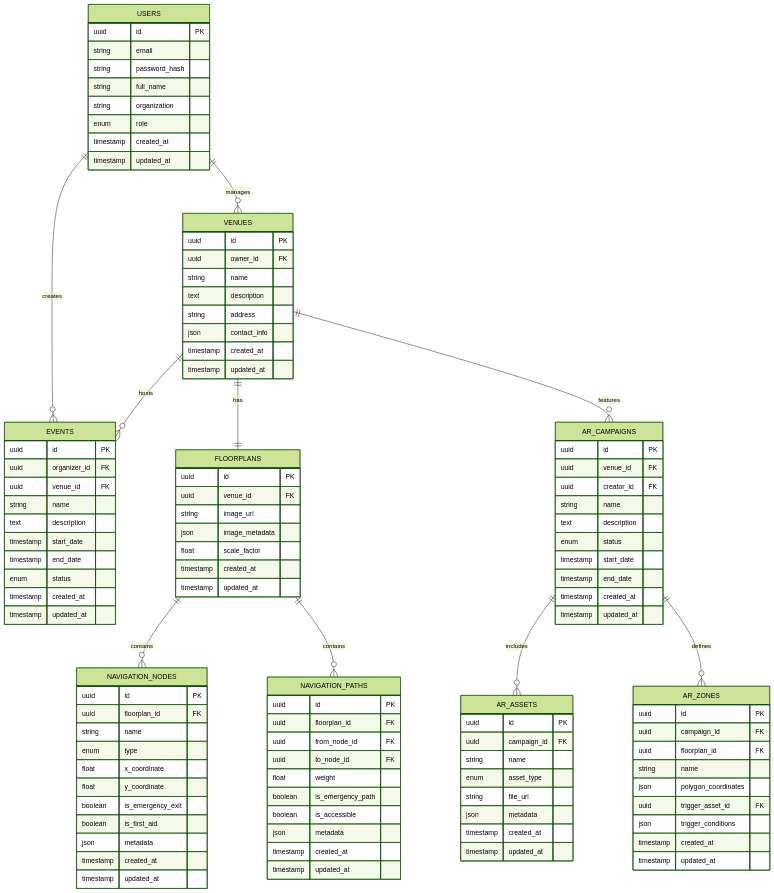
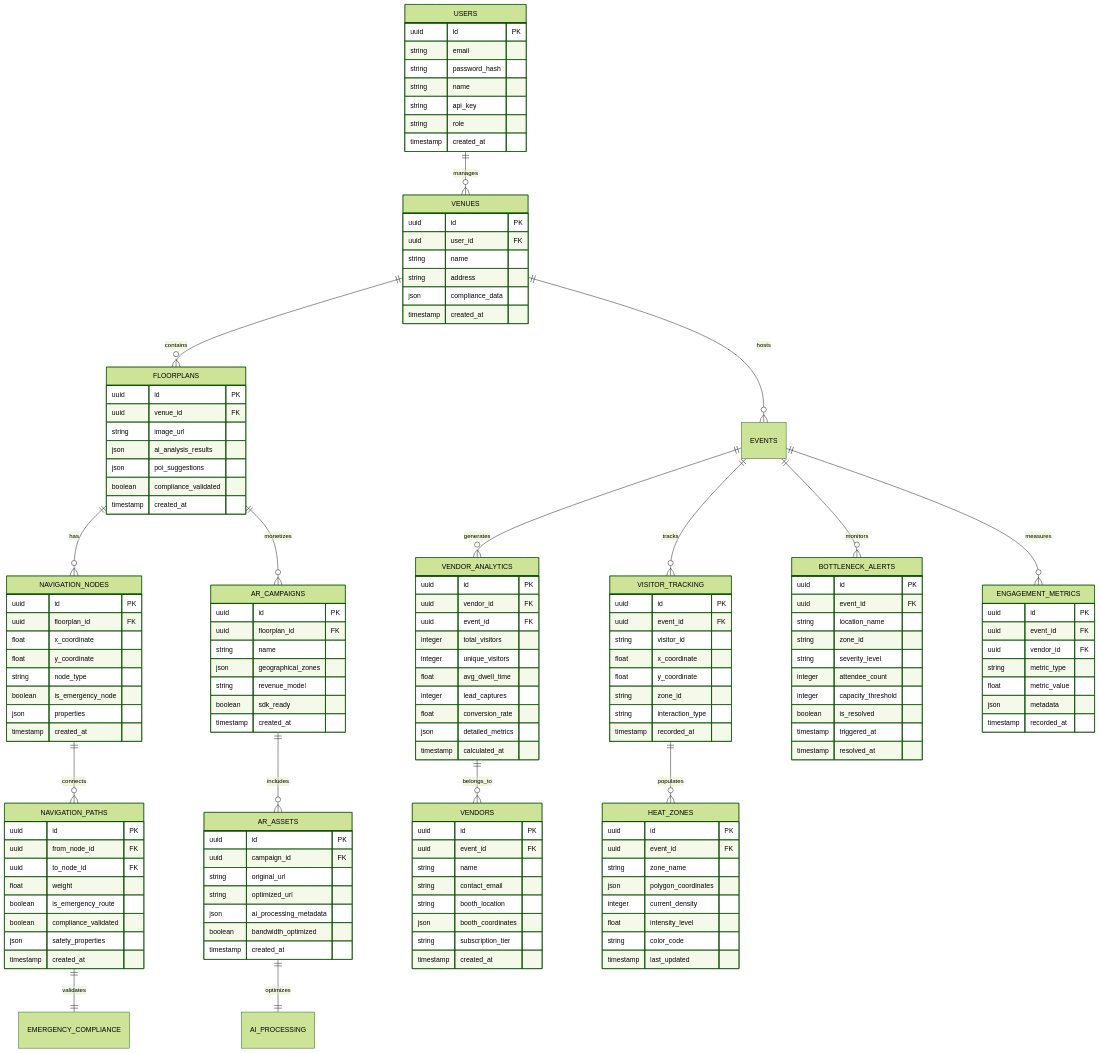
The third of 3 diagrams in .trae/documents/NavEaze_V5_DPM_Technical_Architecture.md (ZumiCoWorks/NE-DPM-V5), drawn with Mermaid (forest theme) before and after one commit. The commit also changed other lines of this file and 118 other files, not shown here.

````diff
--- a/.trae/documents/NavEaze_V5_DPM_Technical_Architecture.md
+++ b/.trae/documents/NavEaze_V5_DPM_Technical_Architecture.md
@@ -177,120 +518,158 @@
 ```mermaid
 erDiagram
-    USERS ||--o{ EVENTS : creates
     USERS ||--o{ VENUES : manages
+    VENUES ||--o{ FLOORPLANS : contains
     VENUES ||--o{ EVENTS : hosts
-    VENUES ||--|| FLOORPLANS : has
-    FLOORPLANS ||--o{ NAVIGATION_NODES : contains
-    FLOORPLANS ||--o{ NAVIGATION_PATHS : contains
-    VENUES ||--o{ AR_CAMPAIGNS : features
+    FLOORPLANS ||--o{ NAVIGATION_NODES : has
+    NAVIGATION_NODES ||--o{ NAVIGATION_PATHS : connects
+    NAVIGATION_PATHS ||--|| EMERGENCY_COMPLIANCE : validates
+    FLOORPLANS ||--o{ AR_CAMPAIGNS : monetizes
     AR_CAMPAIGNS ||--o{ AR_ASSETS : includes
-    AR_CAMPAIGNS ||--o{ AR_ZONES : defines
-    
+    AR_ASSETS ||--|| AI_PROCESSING : optimizes
+    EVENTS ||--o{ VISITOR_TRACKING : tracks
+    EVENTS ||--o{ VENDOR_ANALYTICS : generates
+    EVENTS ||--o{ BOTTLENECK_ALERTS : monitors
+    EVENTS ||--o{ ENGAGEMENT_METRICS : measures
+    VENDOR_ANALYTICS ||--o{ VENDORS : belongs_to
+    VISITOR_TRACKING ||--o{ HEAT_ZONES : populates
+
     USERS {
         uuid id PK
         string email
         string password_hash
-        string full_name
-        string organization
-        enum role
+        string name
+        string api_key
+        string role
         timestamp created_at
-        timestamp updated_at
     }
     
     VENUES {
         uuid id PK
-        uuid owner_id FK
+        uuid user_id FK
         string name
-        text description
         string address
-        json contact_info
+        json compliance_data
         timestamp created_at
-        timestamp updated_at
-    }
-    
-    EVENTS {
-        uuid id PK
-        uuid organizer_id FK
-        uuid venue_id FK
-        string name
-        text description
-        timestamp start_date
-        timestamp end_date
-        enum status
-        timestamp created_at
-        timestamp updated_at
     }
     
     FLOORPLANS {
         uuid id PK
         uuid venue_id FK
         string image_url
-        json image_metadata
-        float scale_factor
+        json ai_analysis_results
+        json poi_suggestions
+        boolean compliance_validated
         timestamp created_at
-        timestamp updated_at
     }
     
     NAVIGATION_NODES {
         uuid id PK
         uuid floorplan_id FK
-        string name
-        enum type
         float x_coordinate
         float y_coordinate
-        boolean is_emergency_exit
-        boolean is_first_aid
-        json metadata
+        string node_type
+        boolean is_emergency_node
+        json properties
         timestamp created_at
-        timestamp updated_at
     }
     
     NAVIGATION_PATHS {
         uuid id PK
-        uuid floorplan_id FK
         uuid from_node_id FK
         uuid to_node_id FK
         float weight
-        boolean is_emergency_path
-        boolean is_accessible
-        json metadata
+        boolean is_emergency_route
+        boolean compliance_validated
+        json safety_properties
         timestamp created_at
-        timestamp updated_at
     }
     
     AR_CAMPAIGNS {
         uuid id PK
-        uuid venue_id FK
-        uuid creator_id FK
+        uuid floorplan_id FK
         string name
-        text description
-        enum status
-        timestamp start_date
-        timestamp end_date
+        json geographical_zones
+        string revenue_model
+        boolean sdk_ready
         timestamp created_at
-        timestamp updated_at
     }
     
     AR_ASSETS {
         uuid id PK
         uuid campaign_id FK
-        string name
-        enum asset_type
-        string file_url
-        json metadata
+        string original_url
+        string optimized_url
+        json ai_processing_metadata
+        boolean bandwidth_optimized
         timestamp created_at
-        timestamp updated_at
     }
     
-    AR_ZONES {
+    VENDORS {
         uuid id PK
-        uuid campaign_id FK
-        uuid floorplan_id FK
+        uuid event_id FK
         string name
+        string contact_email
+        string booth_location
+        json booth_coordinates
+        string subscription_tier
+        timestamp created_at
+    }
+    
+    VISITOR_TRACKING {
+        uuid id PK
+        uuid event_id FK
+        string visitor_id
+        float x_coordinate
+        float y_coordinate
+        string zone_id
+        string interaction_type
+        timestamp recorded_at
+    }
+    
+    VENDOR_ANALYTICS {
+        uuid id PK
+        uuid vendor_id FK
+        uuid event_id FK
+        integer total_visitors
+        integer unique_visitors
+        float avg_dwell_time
+        integer lead_captures
+        float conversion_rate
+        json detailed_metrics
+        timestamp calculated_at
+    }
+    
+    BOTTLENECK_ALERTS {
+        uuid id PK
+        uuid event_id FK
+        string location_name
+        string zone_id
+        string severity_level
+        integer attendee_count
+        integer capacity_threshold
+        boolean is_resolved
+        timestamp triggered_at
+        timestamp resolved_at
+    }
+    
+    ENGAGEMENT_METRICS {
+        uuid id PK
+        uuid event_id FK
+        uuid vendor_id FK
+        string metric_type
+        float metric_value
+        json metadata
+        timestamp recorded_at
+    }
+    
+    HEAT_ZONES {
+        uuid id PK
+        uuid event_id FK
+        string zone_name
         json polygon_coordinates
-        uuid trigger_asset_id FK
-        json trigger_conditions
-        timestamp created_at
-        timestamp updated_at
+        integer current_density
+        float intensity_level
+        string color_code
+        timestamp last_updated
     }
 ```
````
